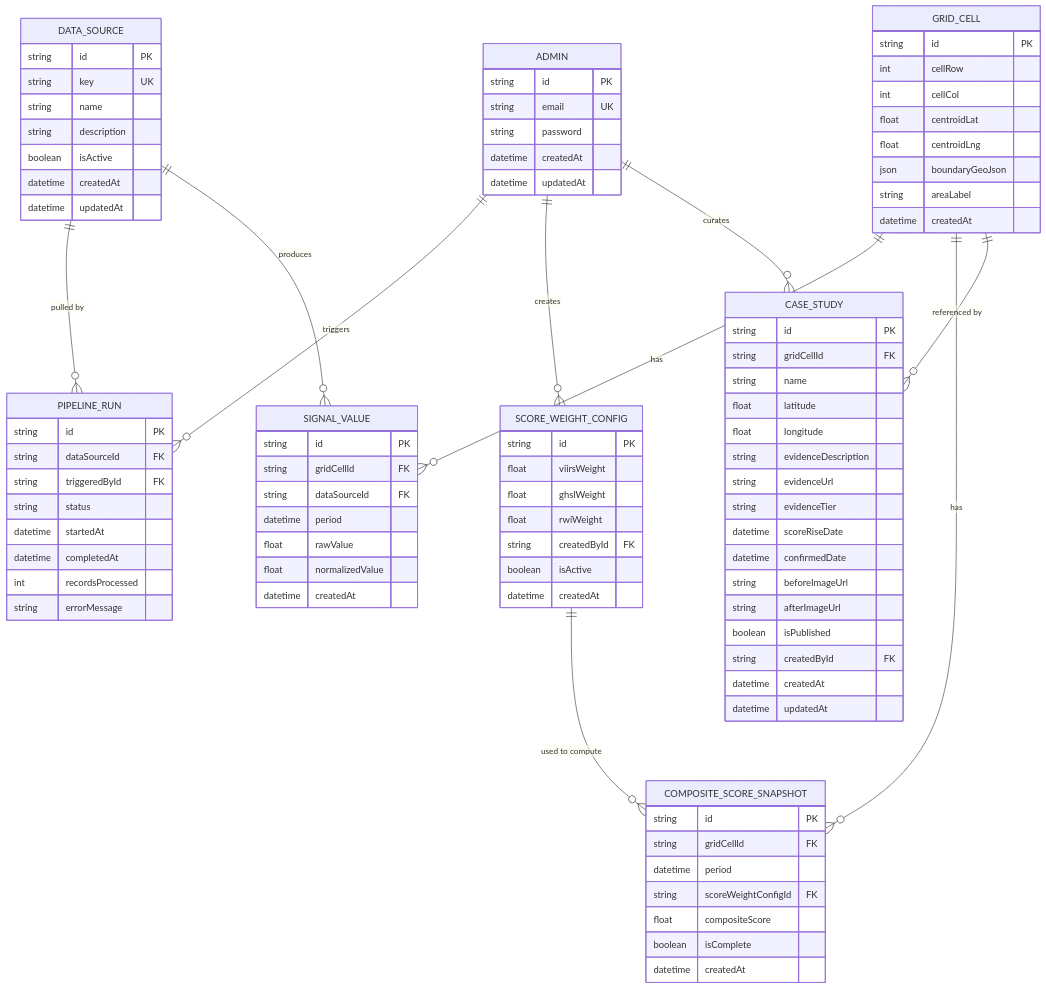
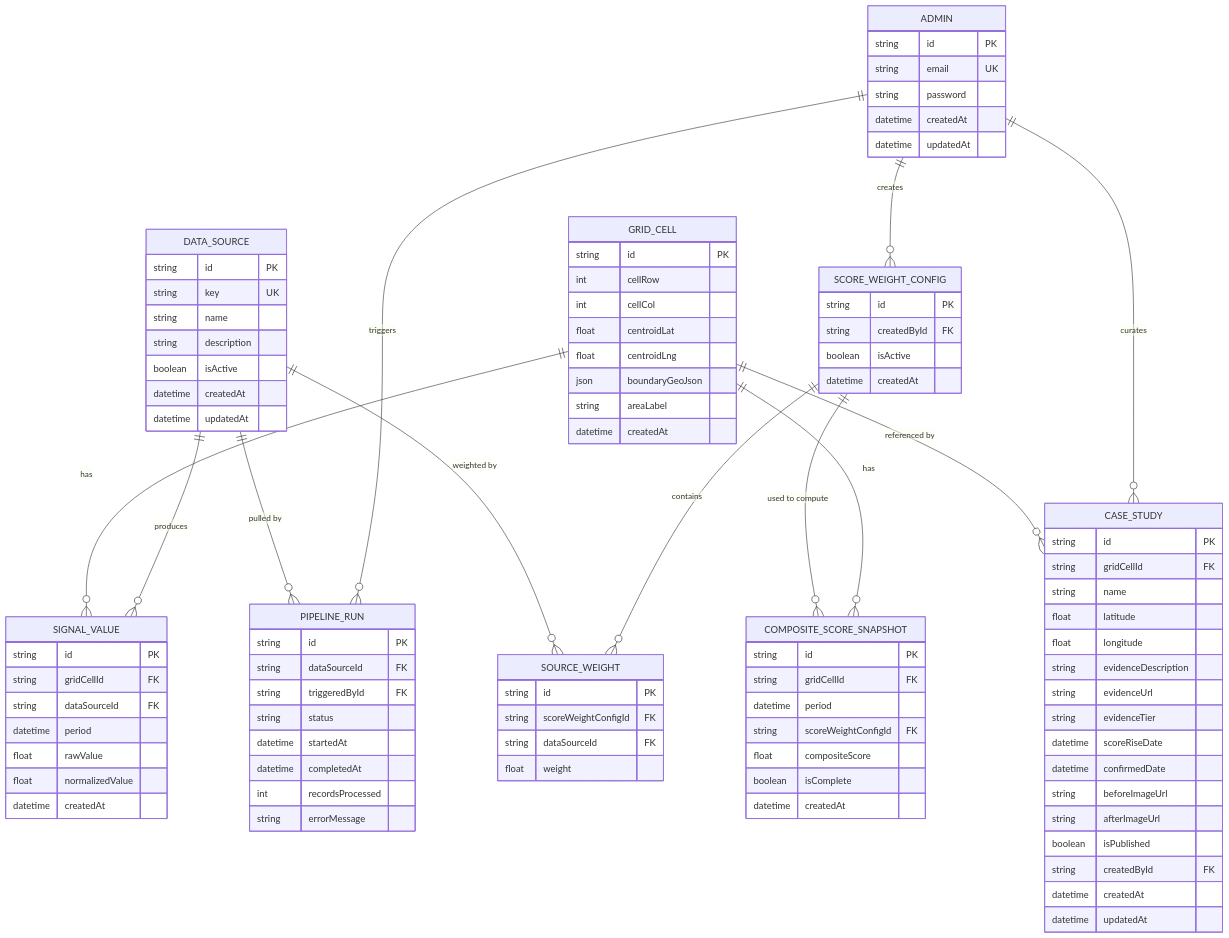
The diagram in database-and-data-model.md (live-economy-map/docs), drawn with Mermaid before and after one commit. The commit also changed other lines of this file, not shown here.

First line of the commit message:
Refine ScoreWeightConfig and SourceWeight definitions

````diff
--- a/database-and-data-model.md
+++ b/database-and-data-model.md
@@ -264,12 +284,15 @@
     }
     SCORE_WEIGHT_CONFIG {
         string id PK
-        float viirsWeight
-        float ghslWeight
-        float rwiWeight
         string createdById FK
         boolean isActive
         datetime createdAt
+    }
+    SOURCE_WEIGHT {
+        string id PK
+        string scoreWeightConfigId FK
+        string dataSourceId FK
+        float weight
     }
     COMPOSITE_SCORE_SNAPSHOT {
         string id PK
@@ -308,4 +331,6 @@
     GRID_CELL ||--o{ COMPOSITE_SCORE_SNAPSHOT : has
     GRID_CELL ||--o{ CASE_STUDY : "referenced by"
     SCORE_WEIGHT_CONFIG ||--o{ COMPOSITE_SCORE_SNAPSHOT : "used to compute"
+    SCORE_WEIGHT_CONFIG ||--o{ SOURCE_WEIGHT : contains
+    DATA_SOURCE ||--o{ SOURCE_WEIGHT : "weighted by"
 ```
````
